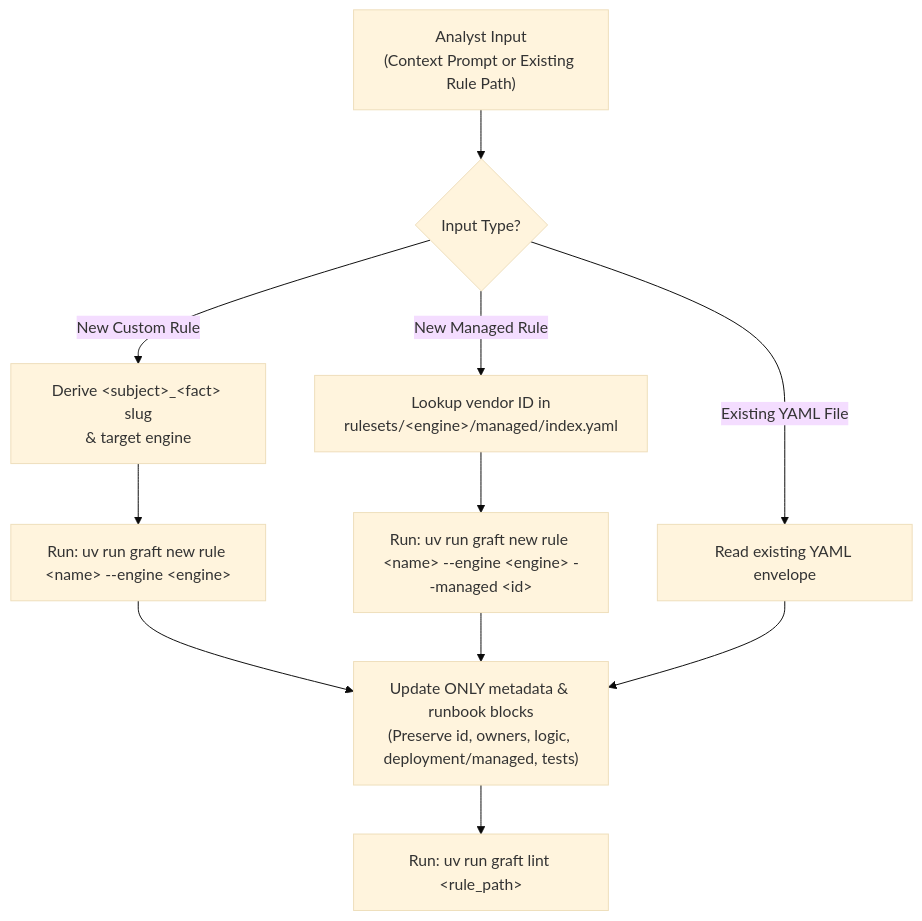
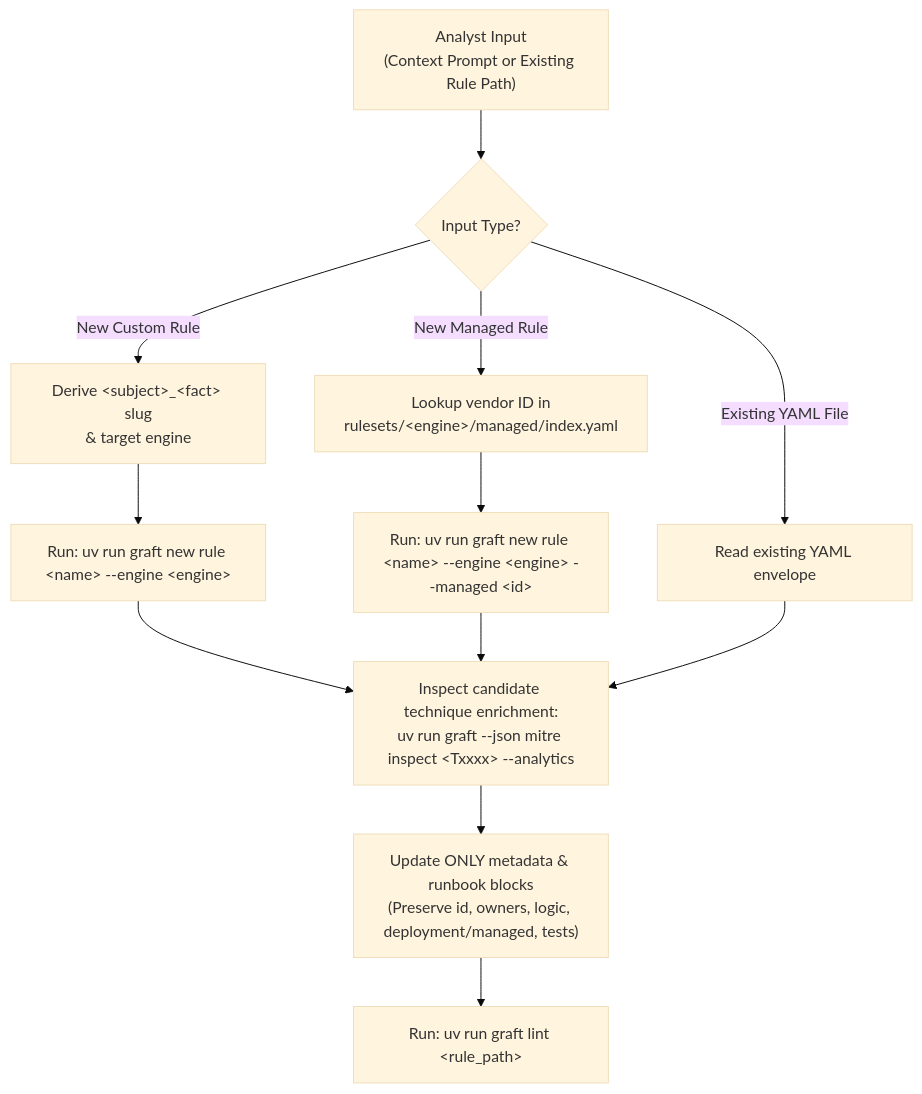
The diagram in .agents/skills/scaffold-rule/SKILL.md (lopes/graft), drawn with Mermaid (base theme) before and after one commit. The commit also changed other lines of this file and 32 other files, not shown here.

First line of the commit message:
core,cli,docs: add mitre v20.0 stix enrichments, gap analysis cli, an… (#43)

````diff
--- a/.agents/skills/scaffold-rule/SKILL.md
+++ b/.agents/skills/scaffold-rule/SKILL.md
@@ -26,13 +26,14 @@
 ```mermaid
 flowchart TD
     IN["Analyst Input<br/>(Context Prompt or Existing Rule Path)"] --> MODE{"Input Type?"}
     MODE -->|"New Custom Rule"| NAME1["Derive &lt;subject&gt;_&lt;fact&gt; slug<br/>&amp; target engine"]
     NAME1 --> CLI1["Run: uv run graft new rule &lt;name&gt; --engine &lt;engine&gt;"]
     MODE -->|"New Managed Rule"| LOOKUP["Lookup vendor ID in<br/>rulesets/&lt;engine&gt;/managed/index.yaml"]
     LOOKUP --> CLI2["Run: uv run graft new rule &lt;name&gt; --engine &lt;engine&gt; --managed &lt;id&gt;"]
     MODE -->|"Existing YAML File"| READ["Read existing YAML envelope"]
-    CLI1 --> EDIT["Update ONLY metadata &amp; runbook blocks<br/>(Preserve id, owners, logic, deployment/managed, tests)"]
-    CLI2 --> EDIT
-    READ --> EDIT
+    CLI1 --> MITRE["Inspect candidate technique enrichment:<br/>uv run graft --json mitre inspect &lt;Txxxx&gt; --analytics"]
+    CLI2 --> MITRE
+    READ --> MITRE
+    MITRE --> EDIT["Update ONLY metadata &amp; runbook blocks<br/>(Preserve id, owners, logic, deployment/managed, tests)"]
     EDIT --> LINT["Run: uv run graft lint &lt;rule_path&gt;"]
 ```
````
